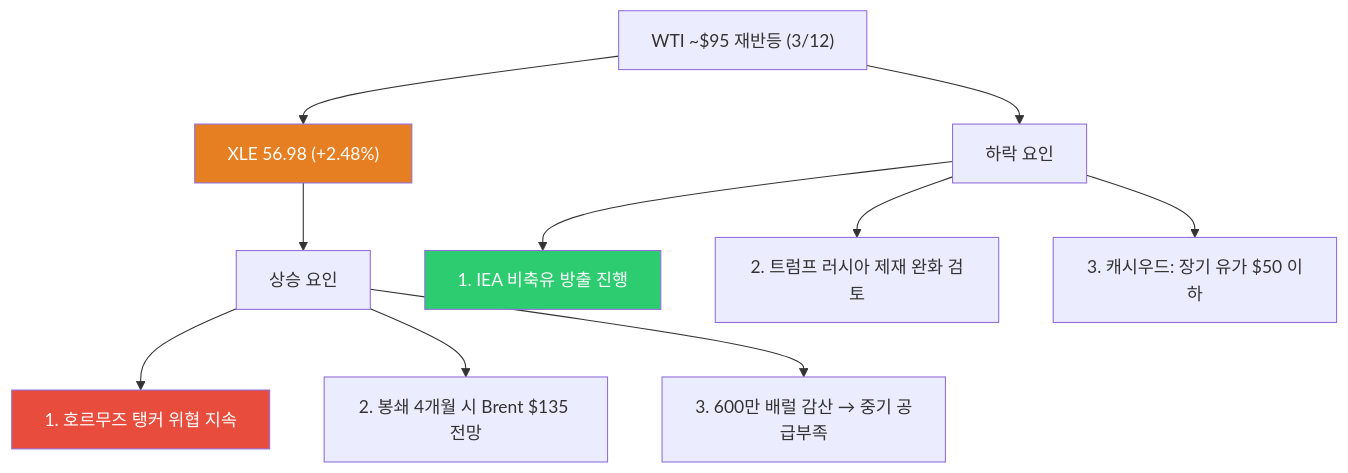
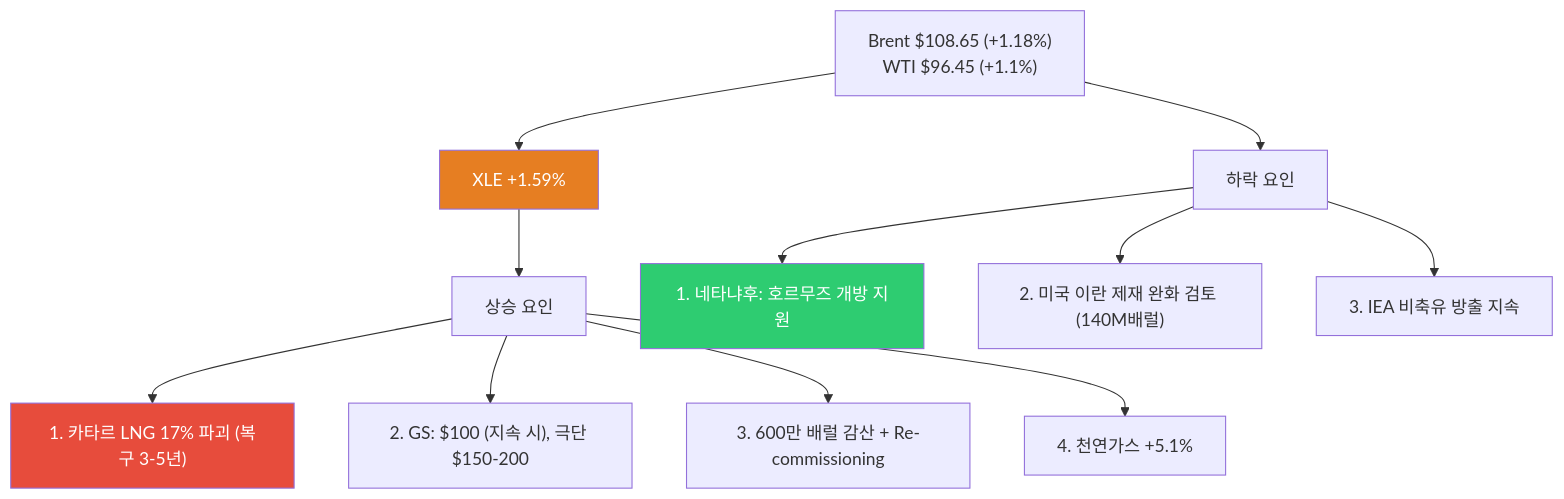
One commit to dss99911/dss99911.github.io changed the sixth of 11 diagrams in _posts/knowledge/invest/2026-03-07-energy-sector-outlook-2026.md. Above: the diagram before and after it, drawn with Mermaid. The commit also changed other lines of this file and 2 other files, not shown here.

First line of the commit message:
Daily investment report update 2026-03-20: Iran Qatar LNG attack, CHBM, Groq3

````diff
--- a/_posts/knowledge/invest/2026-03-07-energy-sector-outlook-2026.md
+++ b/_posts/knowledge/invest/2026-03-07-energy-sector-outlook-2026.md
@@ -201,17 +223,18 @@
 ```mermaid
 graph TD
-    A["WTI ~$95 재반등 (3/12)"] --> B["XLE 56.98 (+2.48%)"]
+    A["Brent $108.65 (+1.18%)<br/>WTI $96.45 (+1.1%)"] --> B["XLE +1.59%"]
     B --> C["상승 요인"]
-    C --> D["1. 호르무즈 탱커 위협 지속"]
-    C --> E["2. 봉쇄 4개월 시 Brent $135 전망"]
-    C --> F["3. 600만 배럴 감산 → 중기 공급부족"]
+    C --> D["1. 카타르 LNG 17% 파괴 (복구 3-5년)"]
+    C --> E["2. GS: $100 (지속 시), 극단 $150-200"]
+    C --> F["3. 600만 배럴 감산 + Re-commissioning"]
+    C --> G["4. 천연가스 +5.1%"]
 
-    A --> G["하락 요인"]
-    G --> H["1. IEA 비축유 방출 진행"]
-    G --> I["2. 트럼프 러시아 제재 완화 검토"]
-    G --> J["3. 캐시우드: 장기 유가 $50 이하"]
+    A --> H["하락 요인"]
+    H --> I["1. 네타냐후: 호르무즈 개방 지원"]
+    H --> J["2. 미국 이란 제재 완화 검토 (140M배럴)"]
+    H --> K["3. IEA 비축유 방출 지속"]
 
     style B fill:#e67e22,color:#fff
     style D fill:#e74c3c,color:#fff
-    style H fill:#2ecc71,color:#fff
+    style I fill:#2ecc71,color:#fff
 ```
````
